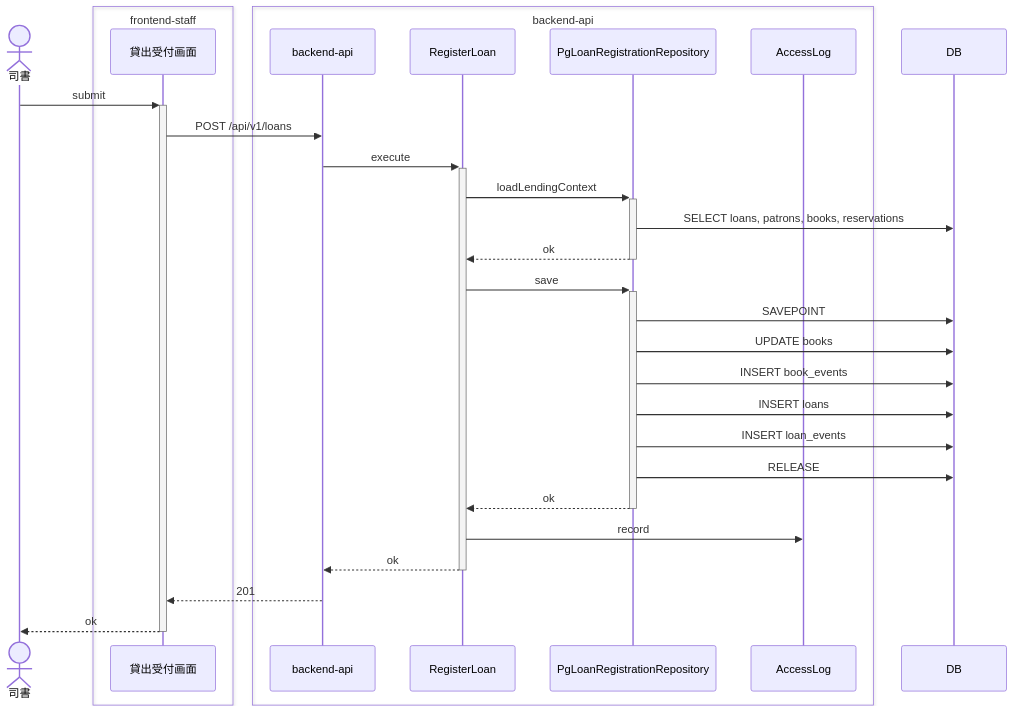
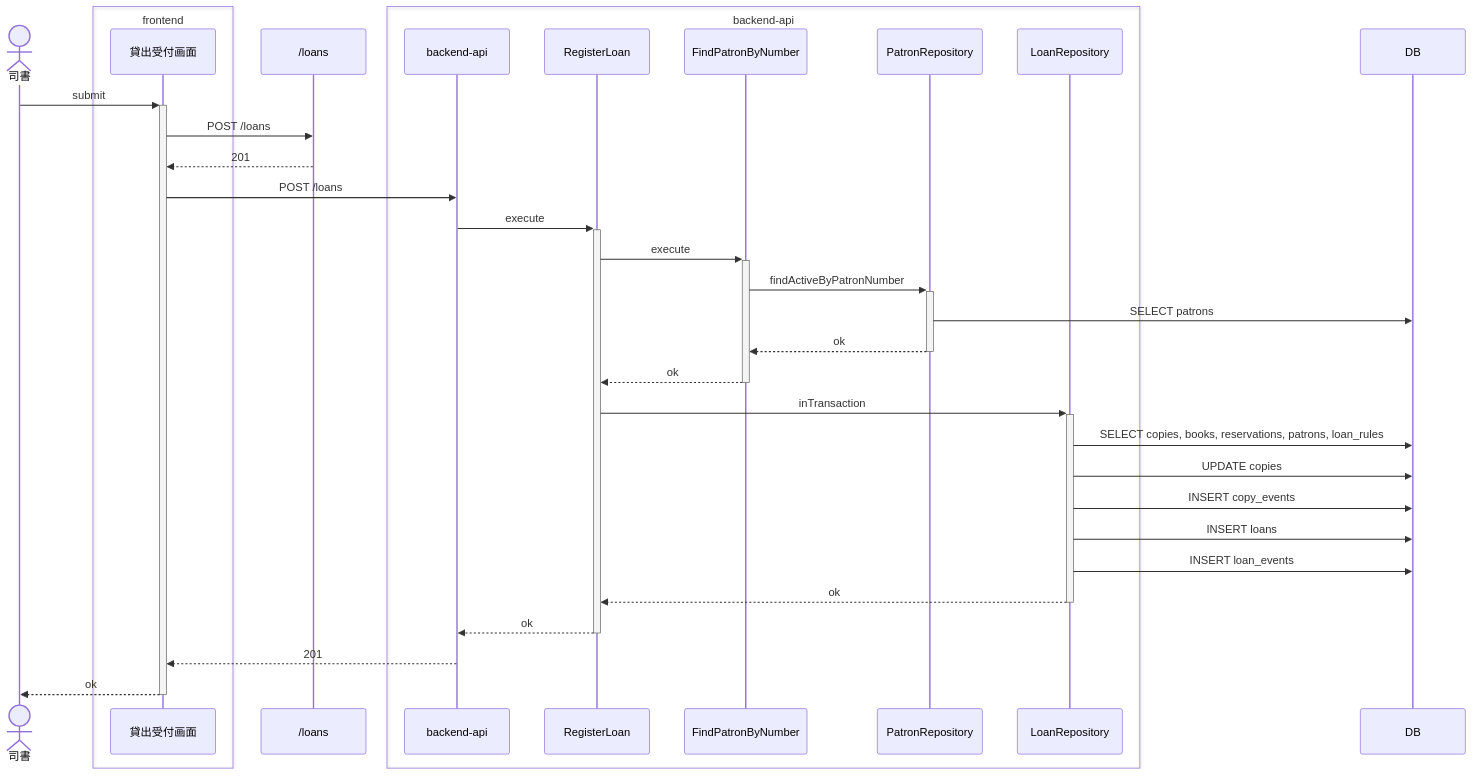
The sixth of 6 diagrams in samples/distillery2/library-loan/docs/as-built/貸出業務/貸出を登録する/sequence.md (suwa-sh/suwa-sh-claude-plugins), drawn with Mermaid before and after one commit. The commit also changed other lines of this file and 249 other files, not shown here.

````diff
--- a/samples/distillery2/library-loan/docs/as-built/貸出業務/貸出を登録する/sequence.md
+++ b/samples/distillery2/library-loan/docs/as-built/貸出業務/貸出を登録する/sequence.md
@@ -212,32 +198,36 @@
 ```mermaid
 sequenceDiagram
     actor p0 as 司書
-    box transparent frontend-staff
+    box transparent frontend
         participant p1 as 貸出受付画面
     end
+    participant p2 as /loans
     box transparent backend-api
-        participant p2 as backend-api
-        participant p3 as RegisterLoan
-        participant p4 as PgLoanRegistrationRepository
-        participant p6 as AccessLog
+        participant p3 as backend-api
+        participant p4 as RegisterLoan
+        participant p5 as FindPatronByNumber
+        participant p6 as PatronRepository
+        participant p8 as LoanRepository
     end
-    participant p5 as DB
+    participant p7 as DB
     p0->>+p1: submit
-    p1->>p2: POST /api/v1/loans
-    p2->>+p3: execute
-    p3->>+p4: loadLendingContext
-    p4->>p5: SELECT loans, patrons, books, reservations
+    p1->>p2: POST /loans
+    p2-->>p1: 201
+    p1->>p3: POST /loans
+    p3->>+p4: execute
+    p4->>+p5: execute
+    p5->>+p6: findActiveByPatronNumber
+    p6->>p7: SELECT patrons
+    p6-->>-p5: ok
+    p5-->>-p4: ok
+    p4->>+p8: inTransaction
+    p8->>p7: SELECT copies, books, reservations, patrons, loan_rules
+    p8->>p7: UPDATE copies
+    p8->>p7: INSERT copy_events
+    p8->>p7: INSERT loans
+    p8->>p7: INSERT loan_events
+    p8-->>-p4: ok
     p4-->>-p3: ok
-    p3->>+p4: save
-    p4->>p5: SAVEPOINT
-    p4->>p5: UPDATE books
-    p4->>p5: INSERT book_events
-    p4->>p5: INSERT loans
-    p4->>p5: INSERT loan_events
-    p4->>p5: RELEASE
-    p4-->>-p3: ok
-    p3->>p6: record
-    p3-->>-p2: ok
-    p2-->>p1: 201
+    p3-->>p1: 201
     p1-->>-p0: ok
 ```
````
